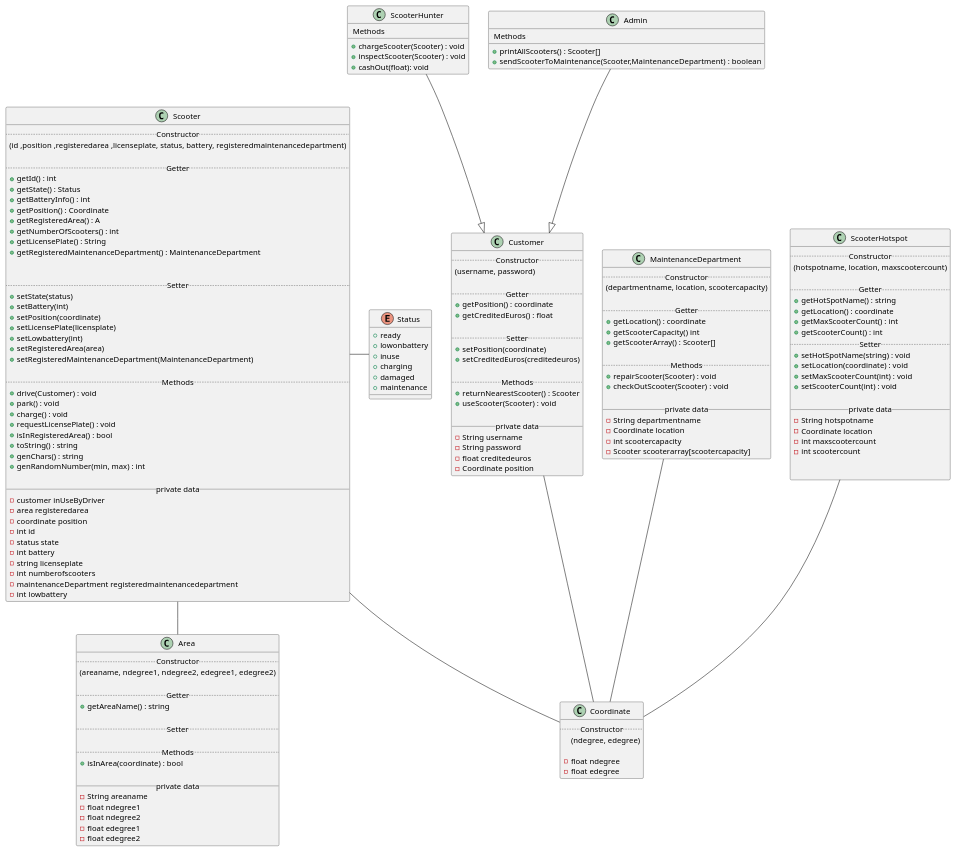
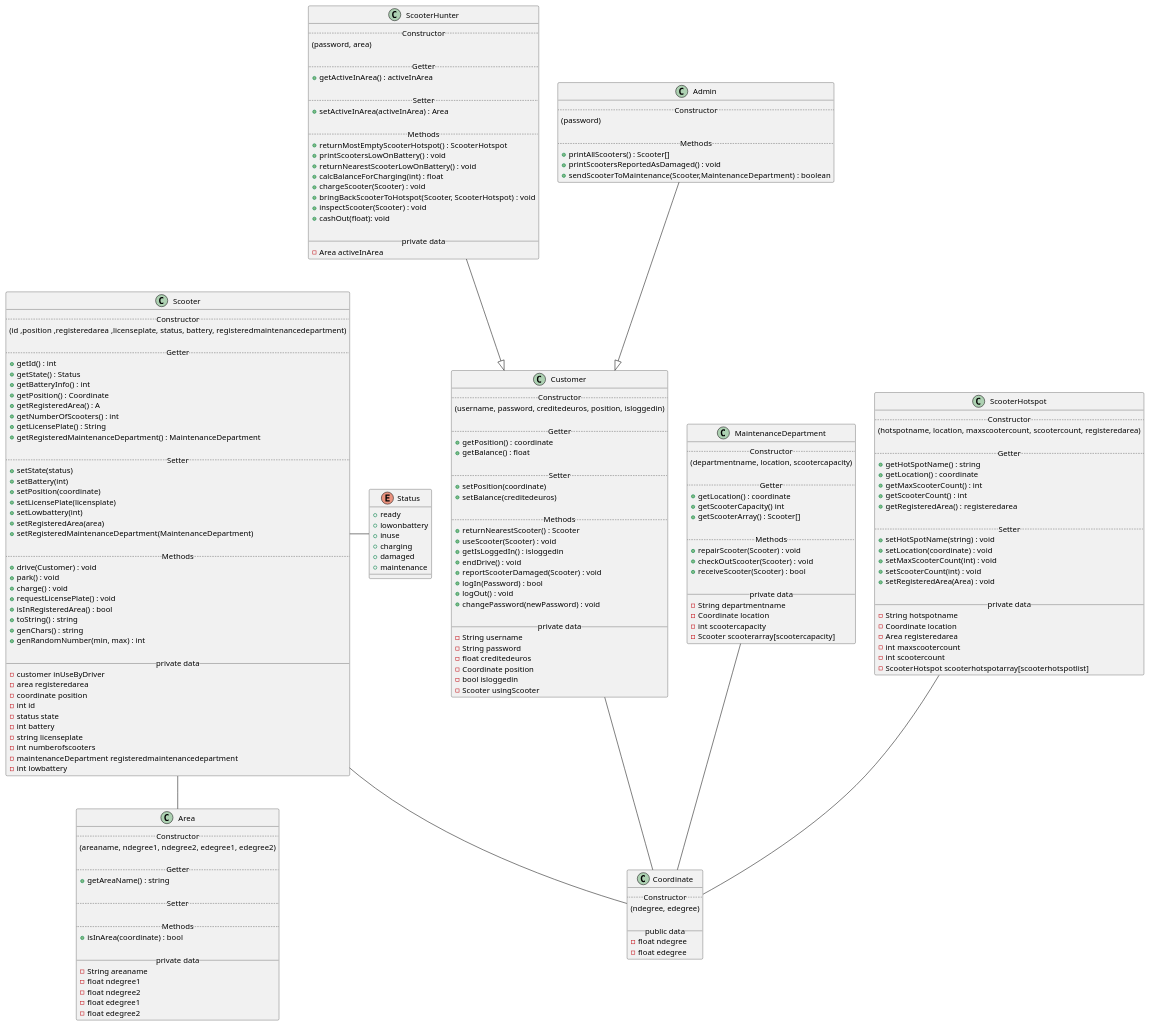
Before and after one commit to fh-erfurt/Scooter-MS: the diagram in umldiagram.iuml, drawn with PlantUML. The commit also changed 1 other file, not shown here.

Commit message:
updated uml

```diff
--- a/umldiagram.iuml
+++ b/umldiagram.iuml
@@ -1,18 +1,13 @@
 @startuml
-
-
-
 
 
 skinparam componentStyle uml2
 
+class Scooter {
+  .. Constructor ..
+  (id ,position ,registeredarea ,licenseplate, status, battery, registeredmaintenancedepartment)
 
-
-class Scooter {
-    .. Constructor ..
-      (id ,position ,registeredarea ,licenseplate, status, battery, registeredmaintenancedepartment)
-
-    .. Getter ..
+  .. Getter ..
   + getId() : int
   + getState() : Status
   + getBatteryInfo() : int
@@ -21,7 +16,6 @@
   + getNumberOfScooters() : int
   + getLicensePlate() : String
   + getRegisteredMaintenanceDepartment() : MaintenanceDepartment
-
 
   .. Setter ..
   + setState(status)
@@ -75,60 +69,83 @@
   -float edegree2
 }
 
-
-
 class Coordinate {
   .. Constructor ..
   (ndegree, edegree)
 
+  __ public data __
   -float ndegree
   -float edegree
 }
 
-
 class Customer {
   .. Constructor ..
-  (username, password)
+  (username, password, creditedeuros, position, isloggedin)
 
   .. Getter ..
   + getPosition() : coordinate
-  + getCreditedEuros() : float
+  + getBalance() : float
 
   .. Setter ..
   + setPosition(coordinate)
-  + setCreditedEuros(creditedeuros)
+  + setBalance(creditedeuros)
 
   .. Methods ..
   + returnNearestScooter() : Scooter
   + useScooter(Scooter) : void
+  + getIsLoggedIn() : isloggedin
+  + endDrive() : void
+  + reportScooterDamaged(Scooter) : void
+  + logIn(Password) : bool
+  + logOut() : void
+  + changePassword(newPassword) : void
 
   __ private data __
   -String username
   -String password
   -float creditedeuros
   -Coordinate position
+  -bool isloggedin
+  -Scooter usingScooter
 }
 
 class ScooterHunter {
+  .. Constructor ..
+  (password, area)
+
+  .. Getter ..
+  + getActiveInArea() : activeInArea
+
+  .. Setter ..
+  + setActiveInArea(activeInArea) : Area
 
   .. Methods ..
+  + returnMostEmptyScooterHotspot() : ScooterHotspot
+  + printScootersLowOnBattery() : void
+  + returnNearestScooterLowOnBattery() : void
+  + calcBalanceForCharging(int) : float
   + chargeScooter(Scooter) : void
+  + bringBackScooterToHotspot(Scooter, ScooterHotspot) : void
   + inspectScooter(Scooter) : void
   + cashOut(float): void
+
+  __ private data __
+  - Area activeInArea
 }
 
 class Admin {
+  .. Constructor ..
+  (password)
 
   .. Methods ..
   + printAllScooters() : Scooter[]
+  + printScootersReportedAsDamaged() : void
   + sendScooterToMaintenance(Scooter,MaintenanceDepartment) : boolean
-
 }
-
 
 class MaintenanceDepartment {
   .. Constructor ..
-(departmentname, location, scootercapacity)
+  (departmentname, location, scootercapacity)
 
   .. Getter ..
   + getLocation() : coordinate
@@ -138,6 +155,7 @@
   .. Methods ..
   + repairScooter(Scooter) : void
   + checkOutScooter(Scooter) : void
+  + receiveScooter(Scooter) : bool
 
   __ private data __
   -String departmentname
@@ -146,29 +164,31 @@
   -Scooter scooterarray[scootercapacity]
 }
 
-
 class ScooterHotspot {
   .. Constructor ..
-(hotspotname, location, maxscootercount)
+  (hotspotname, location, maxscootercount, scootercount, registeredarea)
 
   .. Getter ..
   + getHotSpotName() : string
   + getLocation() : coordinate
   + getMaxScooterCount() : int
   + getScooterCount() : int
+  + getRegisteredArea() : registeredarea
+
   .. Setter ..
   + setHotSpotName(string) : void
   + setLocation(coordinate) : void
   + setMaxScooterCount(int) : void
   + setScooterCount(int) : void
+  + setRegisteredArea(Area) : void
 
   __ private data __
   -String hotspotname
   -Coordinate location
+  -Area registeredarea
   -int maxscootercount
   -int scootercount
-
-
+  -ScooterHotspot scooterhotspotarray[scooterhotspotlist]
 }
 
 enum Status {
@@ -189,5 +209,4 @@
 ScooterHotspot -- Coordinate
 Customer -- Coordinate
 
-
 @enduml
```
